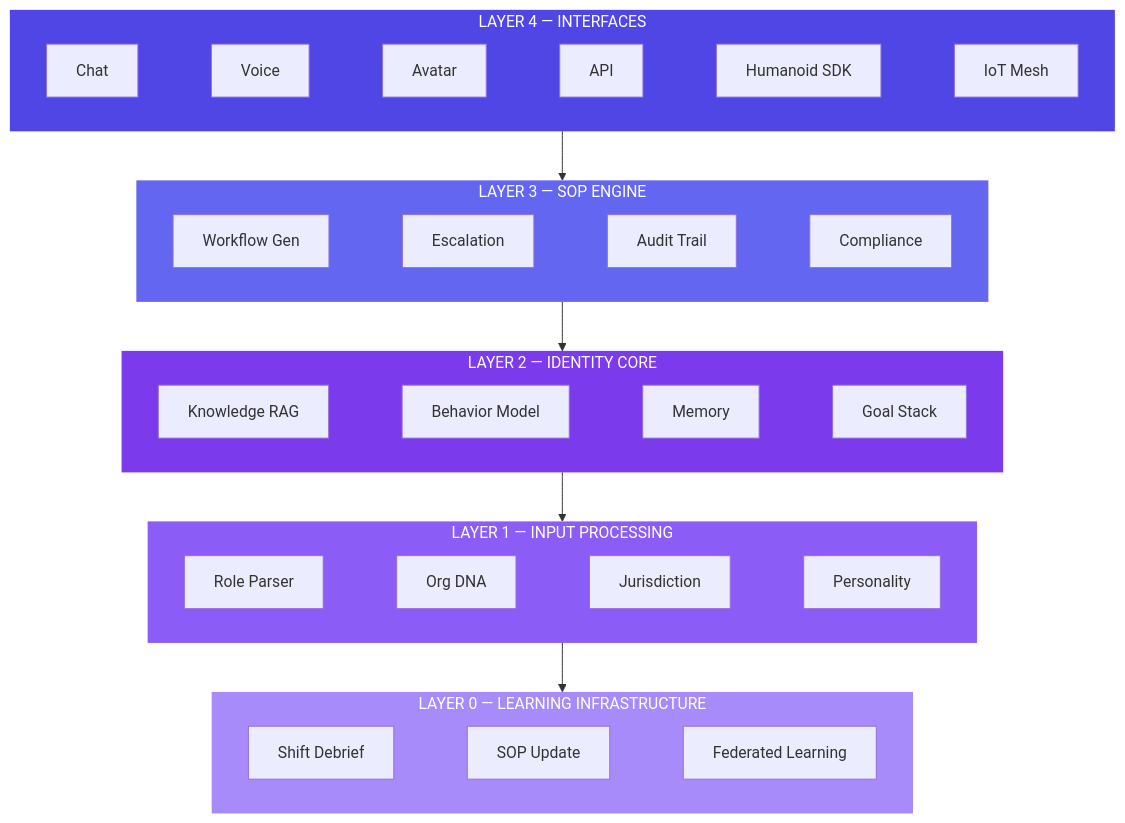
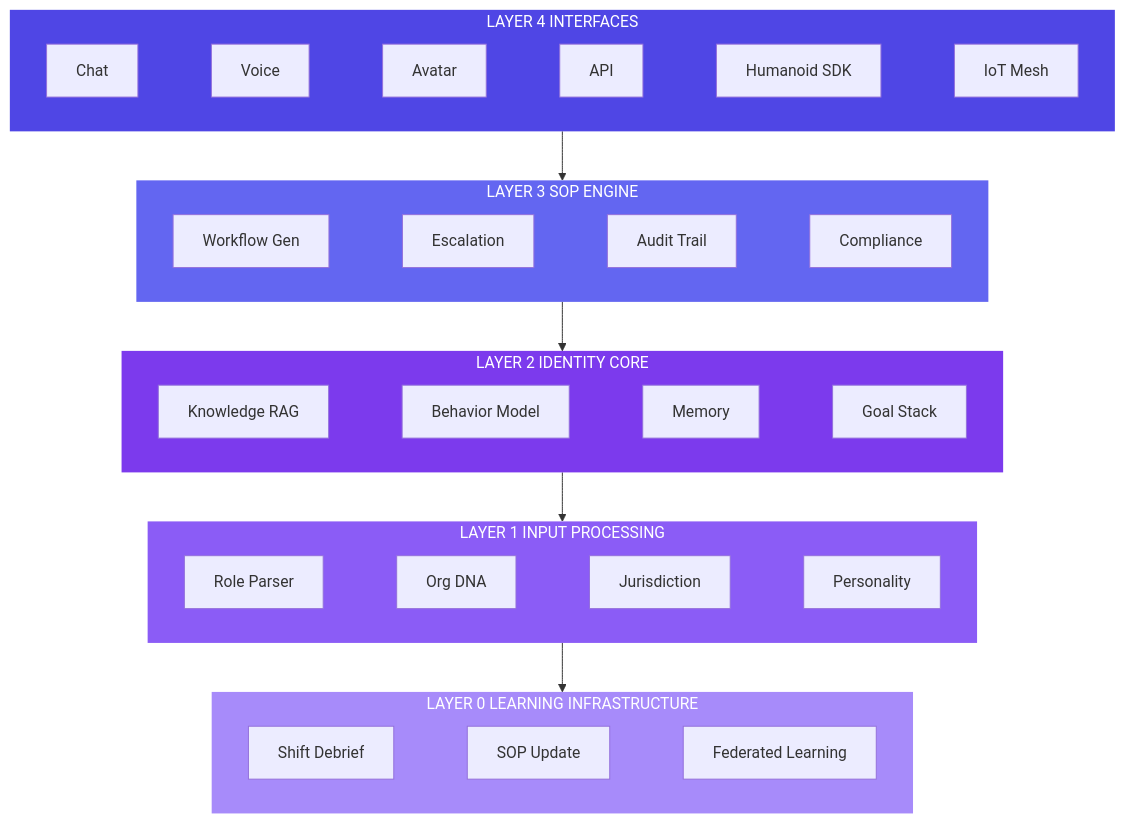
The diagram in apps/docs/docs/getting-started/overview.md (vishalm/surrogate-os), drawn with Mermaid before and after one commit. The commit also changed other lines of this file and 28 other files, not shown here.

````diff
--- a/apps/docs/docs/getting-started/overview.md
+++ b/apps/docs/docs/getting-started/overview.md
@@ -43,31 +43,31 @@
 ```mermaid
 graph TB
-  subgraph L4["LAYER 4 — INTERFACES"]
+  subgraph L4["LAYER 4 INTERFACES"]
     direction LR
     L4a["Chat"] ~~~ L4b["Voice"] ~~~ L4c["Avatar"] ~~~ L4d["API"] ~~~ L4e["Humanoid SDK"] ~~~ L4f["IoT Mesh"]
   end
-  subgraph L3["LAYER 3 — SOP ENGINE"]
+  subgraph L3["LAYER 3 SOP ENGINE"]
     direction LR
     L3a["Workflow Gen"] ~~~ L3b["Escalation"] ~~~ L3c["Audit Trail"] ~~~ L3d["Compliance"]
   end
-  subgraph L2["LAYER 2 — IDENTITY CORE"]
+  subgraph L2["LAYER 2 IDENTITY CORE"]
     direction LR
     L2a["Knowledge RAG"] ~~~ L2b["Behavior Model"] ~~~ L2c["Memory"] ~~~ L2d["Goal Stack"]
   end
-  subgraph L1["LAYER 1 — INPUT PROCESSING"]
+  subgraph L1["LAYER 1 INPUT PROCESSING"]
     direction LR
     L1a["Role Parser"] ~~~ L1b["Org DNA"] ~~~ L1c["Jurisdiction"] ~~~ L1d["Personality"]
   end
-  subgraph L0["LAYER 0 — LEARNING INFRASTRUCTURE"]
+  subgraph L0["LAYER 0 LEARNING INFRASTRUCTURE"]
     direction LR
     L0a["Shift Debrief"] ~~~ L0b["SOP Update"] ~~~ L0c["Federated Learning"]
   end
 
   L4 --> L3 --> L2 --> L1 --> L0
 
   style L4 fill:#4f46e5,color:#fff,stroke:none
   style L3 fill:#6366f1,color:#fff,stroke:none
   style L2 fill:#7c3aed,color:#fff,stroke:none
   style L1 fill:#8b5cf6,color:#fff,stroke:none
   style L0 fill:#a78bfa,color:#fff,stroke:none
 ```
````
